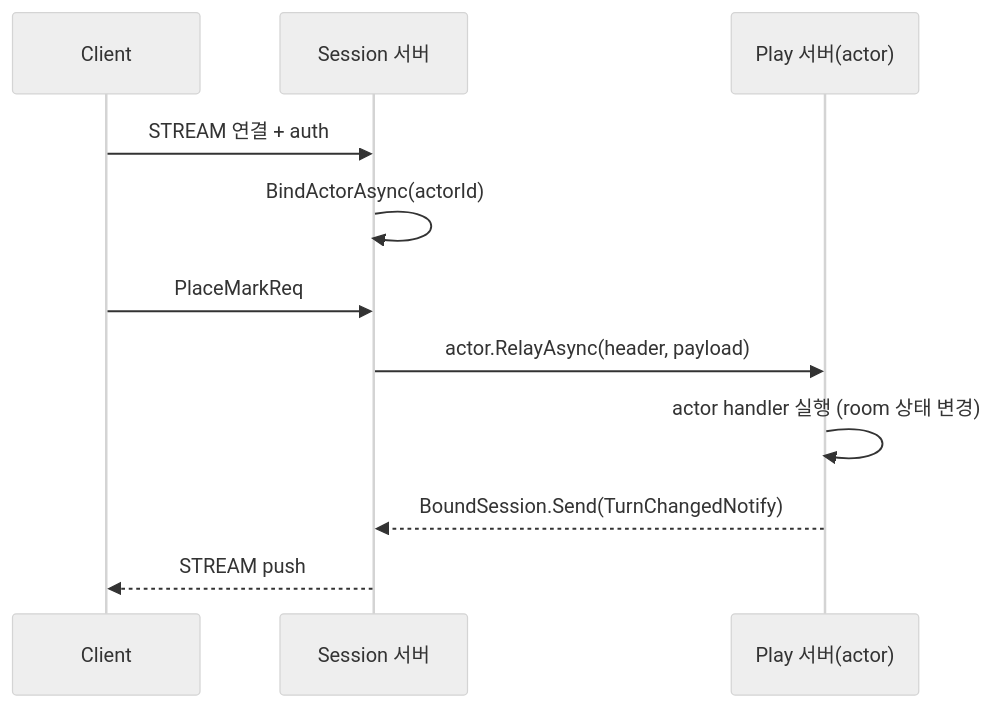
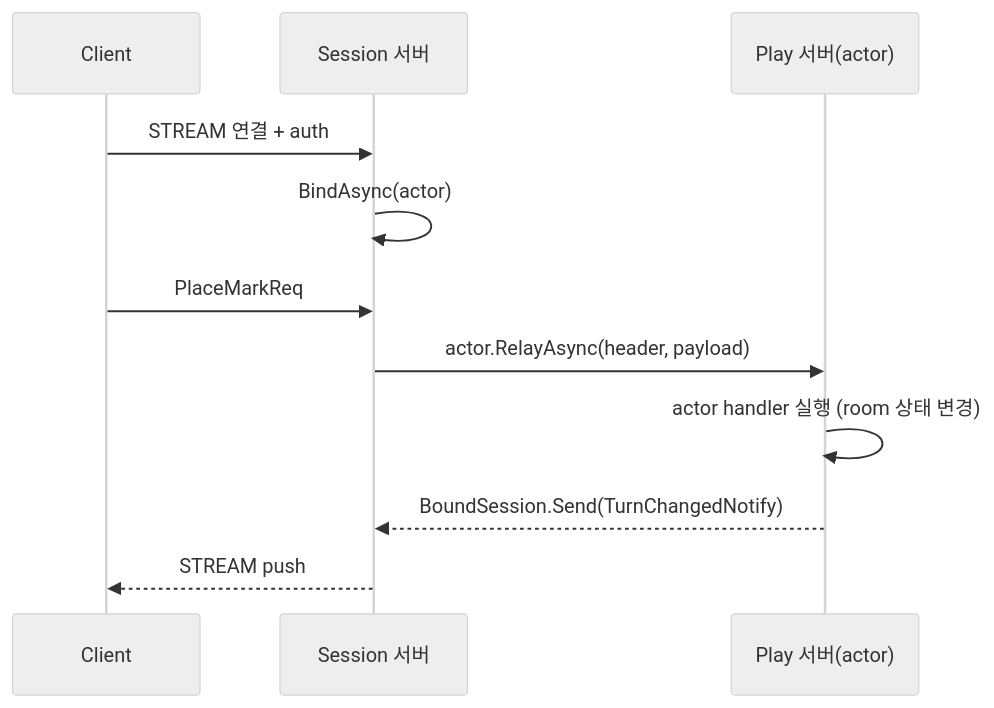
The diagram in framework/languages/dotnet/doc/guide/06-actor-session.ko.md (kairos-code-dev/zlink), drawn with Mermaid (neutral theme) before and after one commit. The commit also changed other lines of this file and 116 other files, not shown here.

````diff
--- a/framework/languages/dotnet/doc/guide/06-actor-session.ko.md
+++ b/framework/languages/dotnet/doc/guide/06-actor-session.ko.md
@@ -195,13 +195,13 @@
 ```mermaid
 sequenceDiagram
   participant C as Client
   participant S as Session 서버
   participant P as Play 서버(actor)
   C->>S: STREAM 연결 + auth
-  S->>S: BindActorAsync(actorId)
+  S->>S: BindAsync(actor)
   C->>S: PlaceMarkReq
   S->>P: actor.RelayAsync(header, payload)
   P->>P: actor handler 실행 (room 상태 변경)
   P-->>S: BoundSession.Send(TurnChangedNotify)
   S-->>C: STREAM push
 ```
````
